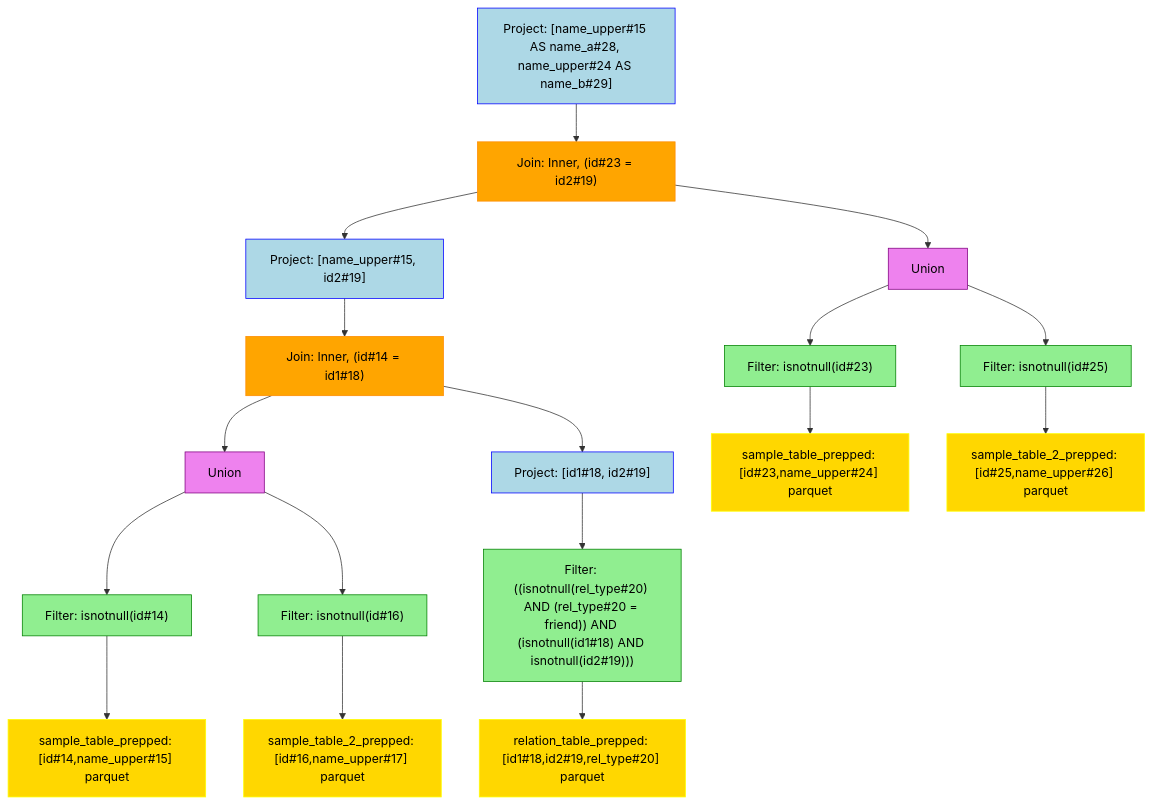
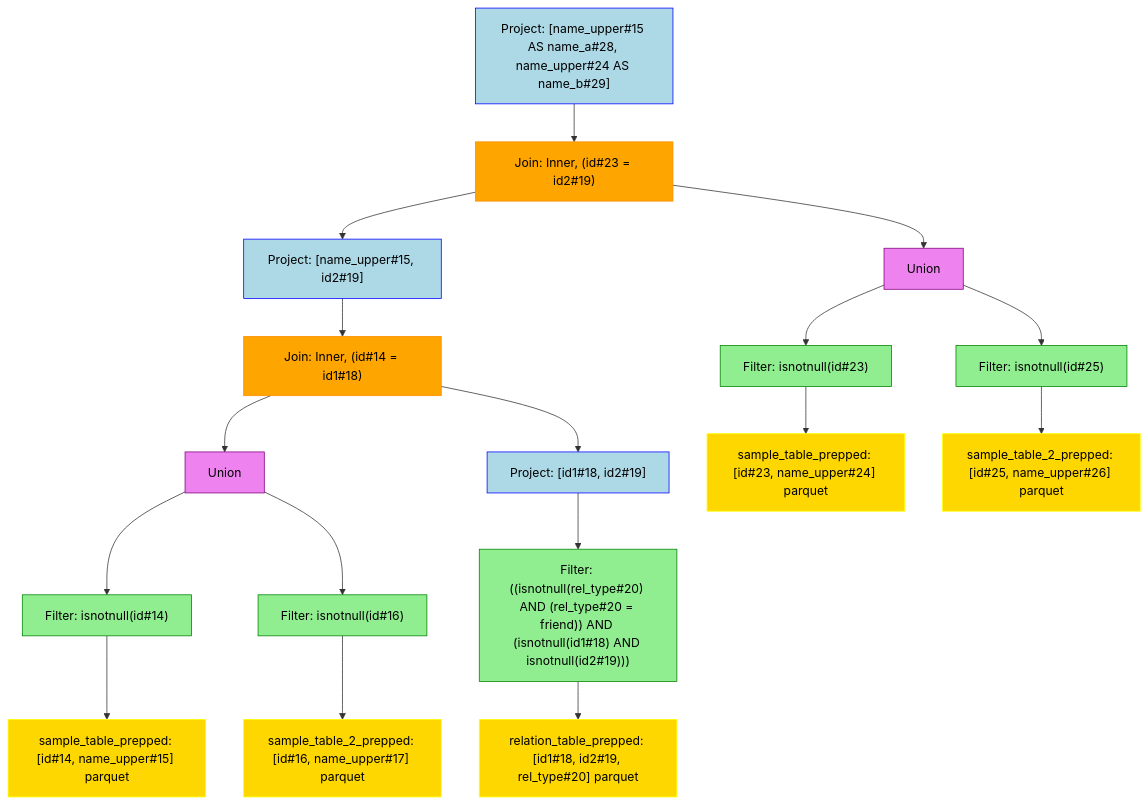
The diagram in sample_project/run/visualization/business_logic_result.mmd (NielkNetraam/explainalyzed), drawn with Mermaid before and after one commit. The commit also changed 31 other files, not shown here.

```diff
--- a/sample_project/run/visualization/business_logic_result.mmd
+++ b/sample_project/run/visualization/business_logic_result.mmd
@@ -1,42 +1,42 @@
 flowchart TD
     classDef PROJECT stroke:Blue,fill:LightBlue,color:black
     classDef FILTER stroke:Green,fill:LightGreen,color:black
     classDef UNION stroke:Purple,fill:Violet,color:black
     classDef JOIN stroke:DarkOrange,fill:Orange,color:black
     classDef RELATION stroke:Yellow,fill:Gold,color:black
     classDef AGGREGATE stroke:Brown,fill:Chocolate,color:black
 
     Project#1["Project: [name_upper#15 AS name_a#28, name_upper#24 AS name_b#29]"]:::PROJECT
     Join#11["Join: Inner, (id#23 = id2#19)"]:::JOIN
     Project#111["Project: [name_upper#15, id2#19]"]:::PROJECT
     Join#1111["Join: Inner, (id#14 = id1#18)"]:::JOIN
     Union#11111["Union"]:::UNION
     Filter#111111["Filter: isnotnull(id#14)"]:::FILTER
-    Relation#1111111["sample_table_prepped: [id#14,name_upper#15] parquet"]:::RELATION
+    Relation#1111111["sample_table_prepped: [id#14, name_upper#15] parquet"]:::RELATION
     Filter#111112["Filter: isnotnull(id#16)"]:::FILTER
-    Relation#1111121["sample_table_2_prepped: [id#16,name_upper#17] parquet"]:::RELATION
+    Relation#1111121["sample_table_2_prepped: [id#16, name_upper#17] parquet"]:::RELATION
     Project#11112["Project: [id1#18, id2#19]"]:::PROJECT
     Filter#111121["Filter: ((isnotnull(rel_type#20) AND (rel_type#20 = friend)) AND (isnotnull(id1#18) AND isnotnull(id2#19)))"]:::FILTER
-    Relation#1111211["relation_table_prepped: [id1#18,id2#19,rel_type#20] parquet"]:::RELATION
+    Relation#1111211["relation_table_prepped: [id1#18, id2#19, rel_type#20] parquet"]:::RELATION
     Union#112["Union"]:::UNION
     Filter#1121["Filter: isnotnull(id#23)"]:::FILTER
-    Relation#11211["sample_table_prepped: [id#23,name_upper#24] parquet"]:::RELATION
+    Relation#11211["sample_table_prepped: [id#23, name_upper#24] parquet"]:::RELATION
     Filter#1122["Filter: isnotnull(id#25)"]:::FILTER
-    Relation#11221["sample_table_2_prepped: [id#25,name_upper#26] parquet"]:::RELATION
+    Relation#11221["sample_table_2_prepped: [id#25, name_upper#26] parquet"]:::RELATION
 
     Project#1 --> Join#11
         Join#11 --> Project#111
             Project#111 --> Join#1111
                 Join#1111 --> Union#11111
                     Union#11111 --> Filter#111111
                         Filter#111111 --> Relation#1111111
                     Union#11111 --> Filter#111112
                         Filter#111112 --> Relation#1111121
                 Join#1111 --> Project#11112
                     Project#11112 --> Filter#111121
                         Filter#111121 --> Relation#1111211
         Join#11 --> Union#112
             Union#112 --> Filter#1121
                 Filter#1121 --> Relation#11211
             Union#112 --> Filter#1122
                 Filter#1122 --> Relation#11221
```
